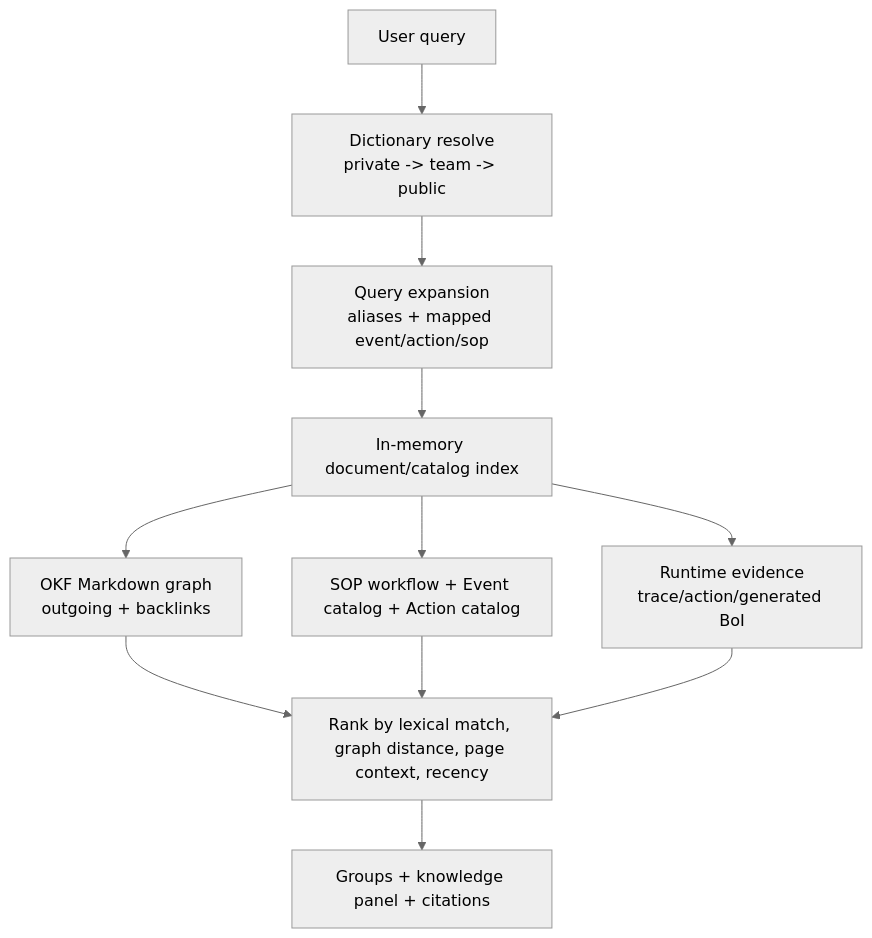
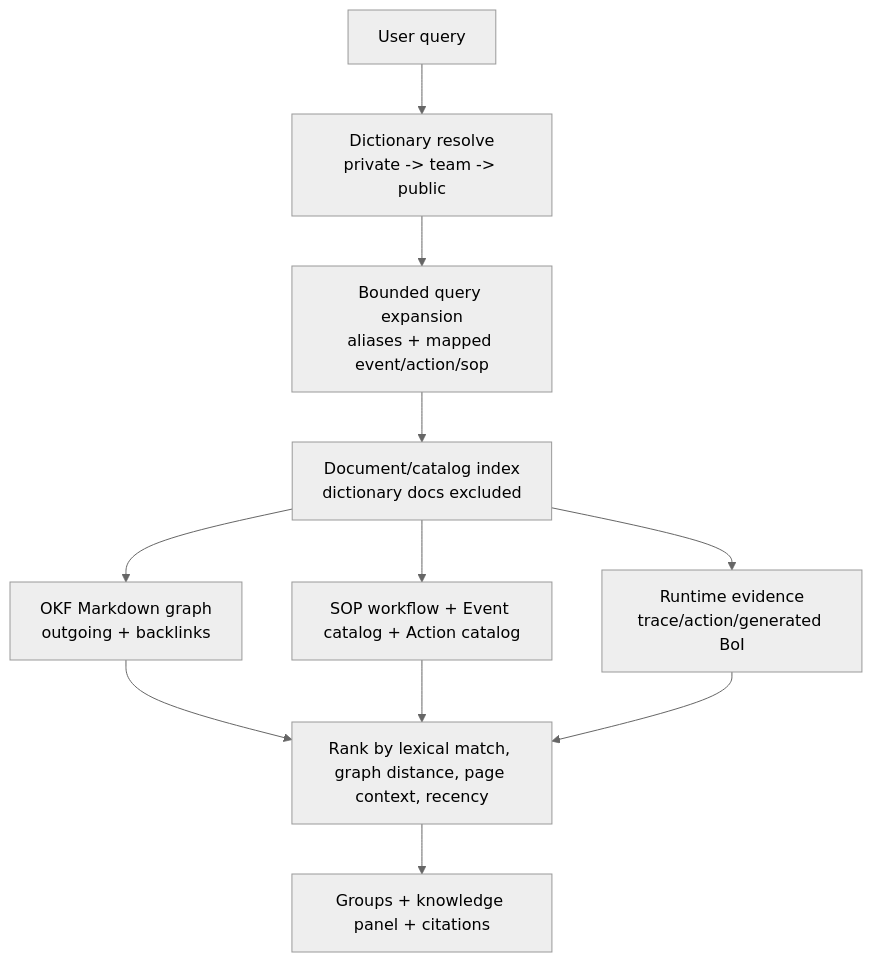
One commit to chokukil/boi-wiki changed the diagram in data/boi/public/boi-wiki-manual/agent/ontology-retrieval-and-search.md. Above: the diagram before and after it, drawn with Mermaid (neutral theme). The commit also changed other lines of this file and 16 other files, not shown here.

````diff
--- a/data/boi/public/boi-wiki-manual/agent/ontology-retrieval-and-search.md
+++ b/data/boi/public/boi-wiki-manual/agent/ontology-retrieval-and-search.md
@@ -34,13 +34,13 @@
 ```mermaid
 flowchart TD
   Q["User query"] --> D["Dictionary resolve<br/>private -> team -> public"]
-  D --> EXP["Query expansion<br/>aliases + mapped event/action/sop"]
-  EXP --> IDX["In-memory document/catalog index"]
+  D --> EXP["Bounded query expansion<br/>aliases + mapped event/action/sop"]
+  EXP --> IDX["Document/catalog index<br/>dictionary docs excluded"]
   IDX --> G["OKF Markdown graph<br/>outgoing + backlinks"]
   IDX --> CAT["SOP workflow + Event catalog + Action catalog"]
   IDX --> RT["Runtime evidence<br/>trace/action/generated BoI"]
   G --> RANK["Rank by lexical match, graph distance, page context, recency"]
   CAT --> RANK
   RT --> RANK
   RANK --> OUT["Groups + knowledge panel + citations"]
 ```
````
